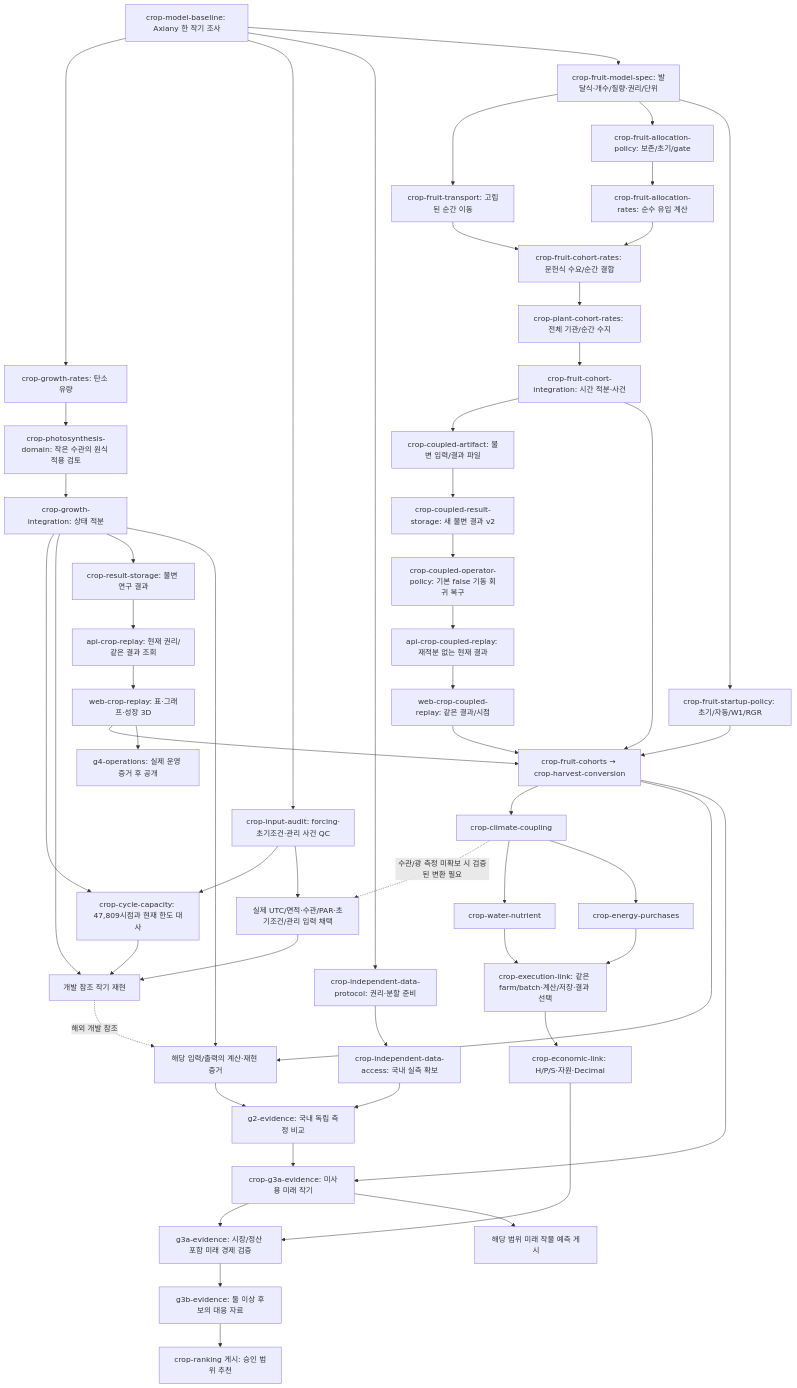
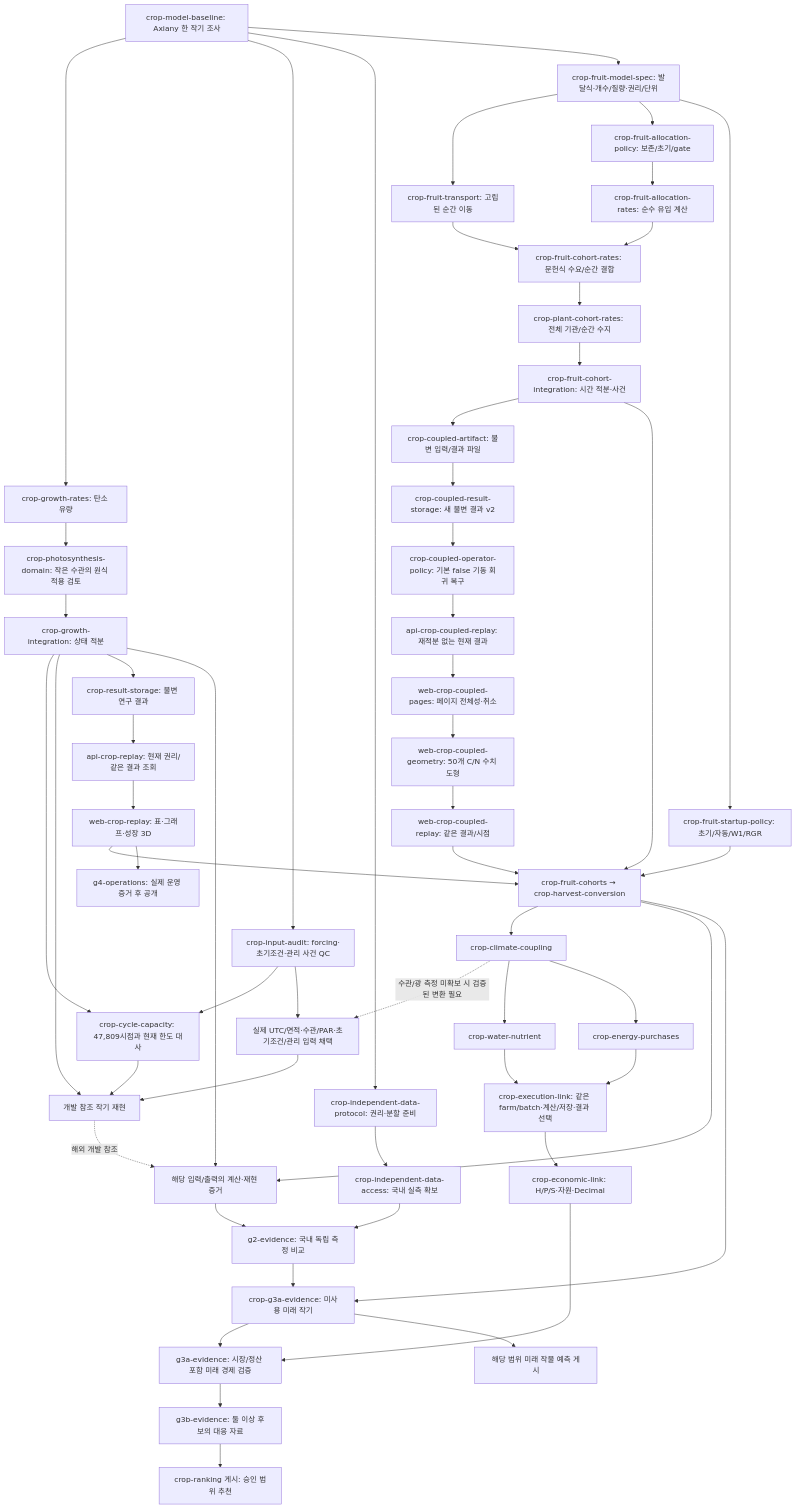
The first of 2 diagrams in tasks/plan.md (KIMSUNGHOON/OpenSmartFarmSim), drawn with Mermaid before and after one commit. The commit also changed other lines of this file and 8 other files, not shown here.

Commit message:
feat: assemble exact coupled crop pages with bounded cancellable reads

````diff
--- a/tasks/plan.md
+++ b/tasks/plan.md
@@ -48,56 +48,58 @@
 ```mermaid
 flowchart TD
   B["crop-model-baseline: Axiany 한 작기 조사"] --> R["crop-growth-rates: 탄소 유량"]
   B --> Q["crop-input-audit: forcing·초기조건·관리 사건 QC"]
   B --> AP["crop-independent-data-protocol: 권리·분할 준비"]
   AP --> A["crop-independent-data-access: 국내 실측 확보"]
   R --> D["crop-photosynthesis-domain: 작은 수관의 원식 적용 검토"]
   D --> I["crop-growth-integration: 상태 적분"]
   Q --> CAP["crop-cycle-capacity: 47,809시점과 현재 한도 대사"]
   I --> CAP
   CAP --> X["개발 참조 작기 재현"]
   Q --> AQ["실제 UTC/면적·수관/PAR·초기조건/관리 입력 채택"]
   AQ --> X
   I --> X
   I --> S["crop-result-storage: 불변 연구 결과"]
   S --> API["api-crop-replay: 현재 권리/같은 결과 조회"]
   API --> V["web-crop-replay: 표·그래프·성장 3D"]
   B --> FM["crop-fruit-model-spec: 발달식·개수/질량·권리/단위"]
   FM --> FT["crop-fruit-transport: 고립된 순간 이동"]
   FM --> FP["crop-fruit-allocation-policy: 보존/초기/gate"]
   FT --> CR["crop-fruit-cohort-rates: 문헌식 수요/순간 결합"]
   FP --> FA["crop-fruit-allocation-rates: 순수 유입 계산"]
   FA --> CR
   CR --> PC["crop-plant-cohort-rates: 전체 기관/순간 수지"]
   PC --> CI["crop-fruit-cohort-integration: 시간 적분·사건"]
   CI --> AF["crop-coupled-artifact: 불변 입력/결과 파일"]
   AF --> CS["crop-coupled-result-storage: 새 불변 결과 v2"]
   CS --> CP["crop-coupled-operator-policy: 기본 false 기동 회귀 복구"]
   CP --> CA["api-crop-coupled-replay: 재적분 없는 현재 결과"]
-  CA --> CV["web-crop-coupled-replay: 같은 결과/시점"]
+  CA --> WP["web-crop-coupled-pages: 페이지 전체성·취소"]
+  WP --> WG["web-crop-coupled-geometry: 50개 C/N 수치 도형"]
+  WG --> CV["web-crop-coupled-replay: 같은 결과/시점"]
   FM --> ST["crop-fruit-startup-policy: 초기/자동/W1/RGR"]
   CI --> F["crop-fruit-cohorts → crop-harvest-conversion"]
   ST --> F
   V --> F
   CV --> F
   F --> C["crop-climate-coupling"]
   C -. 수관/광 측정 미확보 시 검증된 변환 필요 .-> AQ
   C --> W["crop-water-nutrient"]
   C --> E["crop-energy-purchases"]
   W --> L["crop-execution-link: 같은 farm/batch·계산/저장·결과 선택"]
   E --> L
   L --> M["crop-economic-link: H/P/S·자원·Decimal"]
   A --> G2["g2-evidence: 국내 독립 측정 비교"]
   I --> CALC["해당 입력/출력의 계산·재현 증거"]
   F --> CALC
   X -. 해외 개발 참조 .-> CALC
   CALC --> G2
   G2 --> G3A["crop-g3a-evidence: 미사용 미래 작기"]
   F --> G3A
   M --> EC["g3a-evidence: 시장/정산 포함 미래 경제 검증"]
   G3A --> EC
   G3A --> P["해당 범위 미래 작물 예측 게시"]
   EC --> PAIR["g3b-evidence: 둘 이상 후보의 대응 자료"]
   PAIR --> REC["crop-ranking 게시: 승인 범위 추천"]
   V --> PUB["g4-operations: 실제 운영 증거 후 공개"]
 ```
````
